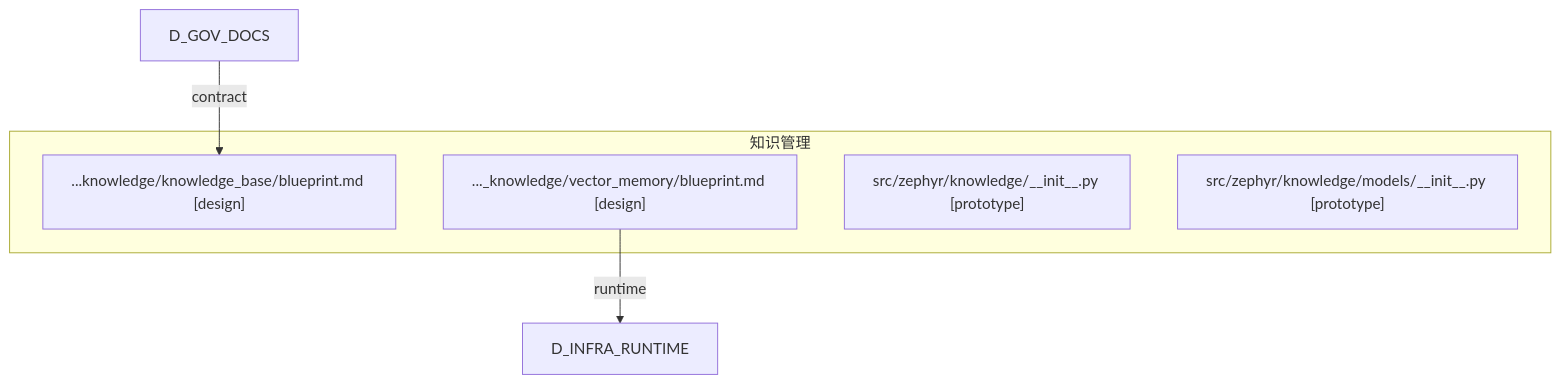
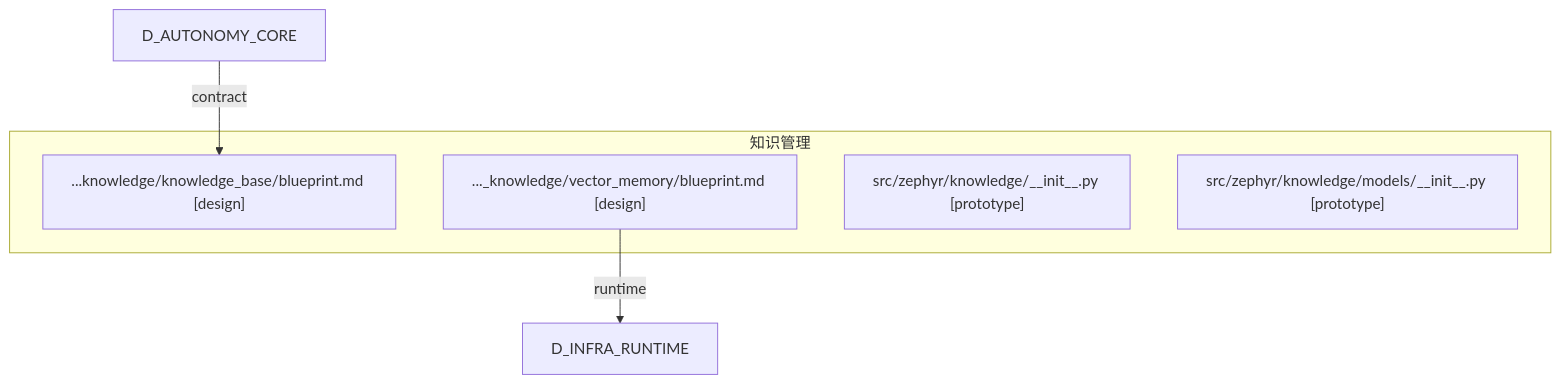
The diagram in docs/02_enterprise_architecture/generated/domains/d_knowledge_dependency.mmd (xuanFelixVan/ZephyrAlpha), drawn with Mermaid before and after one commit. The commit also changed 126 other files, not shown here.

```diff
--- a/docs/02_enterprise_architecture/generated/domains/d_knowledge_dependency.mmd
+++ b/docs/02_enterprise_architecture/generated/domains/d_knowledge_dependency.mmd
@@ -1,29 +1,29 @@
 %% D_KNOWLEDGE 域全景依赖图
-%% 生成时间: 2026-07-19 04:42:12
+%% 生成时间: 2026-07-19 04:56:20
 %% 数据源: depgraph (PostgreSQL) nodes表 + edges表
 %% 模块数: 4, 依赖边数: 2
 
 graph TD
 
     %% 域内模块（最多显示 100 个）
     subgraph D_KNOWLEDGE[知识管理]
         docs_03_modules__domain_knowle___knowledge_base_blueprint_md["...knowledge/knowledge_base/blueprint.md [design]"]
         docs_03_modules__domain_knowledge_vector_memory_blueprint_md["..._knowledge/vector_memory/blueprint.md [design]"]
         src_zephyr_knowledge___init___py["src/zephyr/knowledge/__init__.py [prototype]"]
         src_zephyr_knowledge_models___init___py["src/zephyr/knowledge/models/__init__.py [prototype]"]
     end
 
     %% 域内依赖（最多显示 80 条）
 
     %% 跨域依赖（入）- 最多显示 30 条
-    %% D_GOV_DOCS -> D_KNOWLEDGE (1 条)
-    D_GOV_DOCS[D_GOV_DOCS] -->|contract| docs_03_modules__domain_knowle___knowledge_base_blueprint_md
+    %% D_AUTONOMY_CORE -> D_KNOWLEDGE (1 条)
+    D_AUTONOMY_CORE[D_AUTONOMY_CORE] -->|contract| docs_03_modules__domain_knowle___knowledge_base_blueprint_md
 
     %% 跨域依赖（出）- 最多显示 30 条
     %% D_KNOWLEDGE -> D_INFRA_RUNTIME (1 条)
     docs_03_modules__domain_knowledge_vector_memory_blueprint_md -->|runtime| D_INFRA_RUNTIME[D_INFRA_RUNTIME]
 
     %% 统计
     %% 域内依赖: 0 条
     %% 跨域入边: 1 条
     %% 跨域出边: 1 条
```
